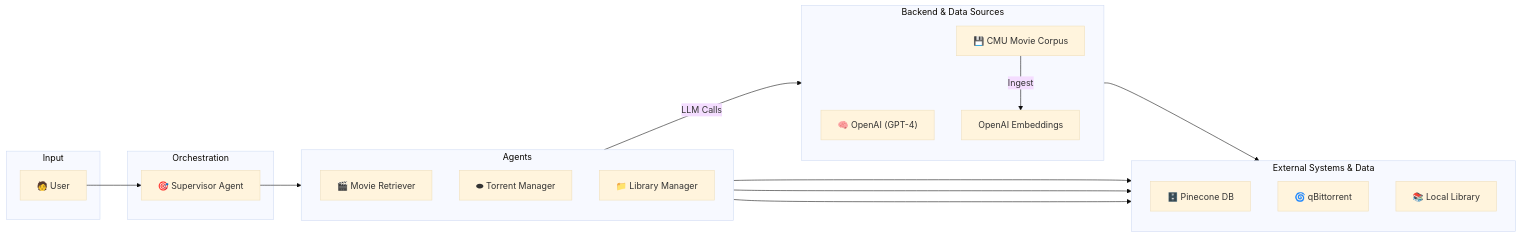
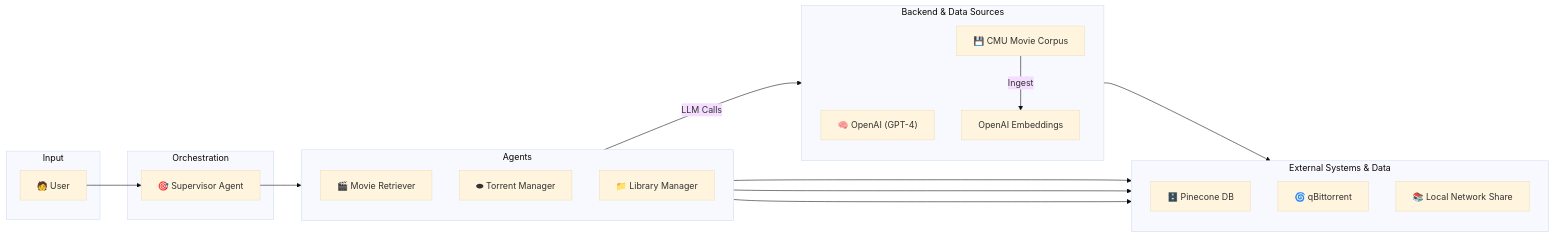
Before and after one commit to elisarchod/turtle_app: the first of 4 diagrams in README.md, drawn with Mermaid (base theme).

Commit message:
added details

````diff
--- a/README.md
+++ b/README.md
@@ -21,44 +21,44 @@
 ```mermaid
 graph LR
     %% Define Groups
     subgraph Input
         User["🧑 User"]
     end
 
     subgraph Orchestration
         Supervisor["🎯 Supervisor Agent"]
     end
 
     subgraph Agents
         direction TB
         MovieRetriever["🎬 Movie Retriever"]
         TorrentManager["⬬ Torrent Manager"]
         LibraryManager["📁 Library Manager"]
     end
     
     subgraph ExternalSystems["External Systems & Data"]
         direction TB
         PineconeDB["🗄️ Pinecone DB"]
         QBittorrent["🌀 qBittorrent"]
-        LocalLibrary["📚 Local Library"]
+        NetworkShare["📚 Local Network Share"]
     end
     
     subgraph BackendServices["Backend & Data Sources"]
         direction TB
         LLM["🧠 OpenAI (GPT-4)"]
         Embeddings["OpenAI Embeddings"]
         CMUCorpus["💾 CMU Movie Corpus"]
     end
 
     %% Define Flow
     User --> Supervisor --> Agents
     
     Agents -- "LLM Calls" --> LLM
     
     MovieRetriever --> PineconeDB
     TorrentManager --> QBittorrent
-    LibraryManager --> LocalLibrary
+    LibraryManager --> NetworkShare
     
     CMUCorpus -- "Ingest" --> Embeddings --> PineconeDB
 
 ```
````
